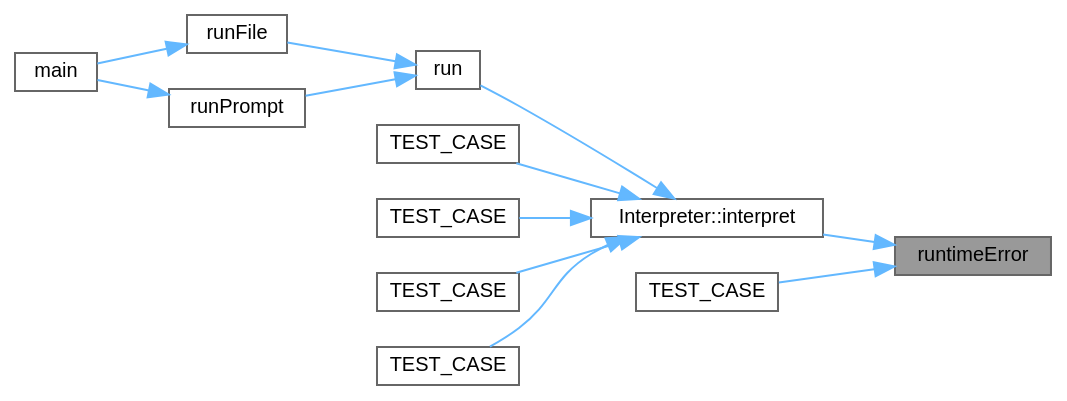
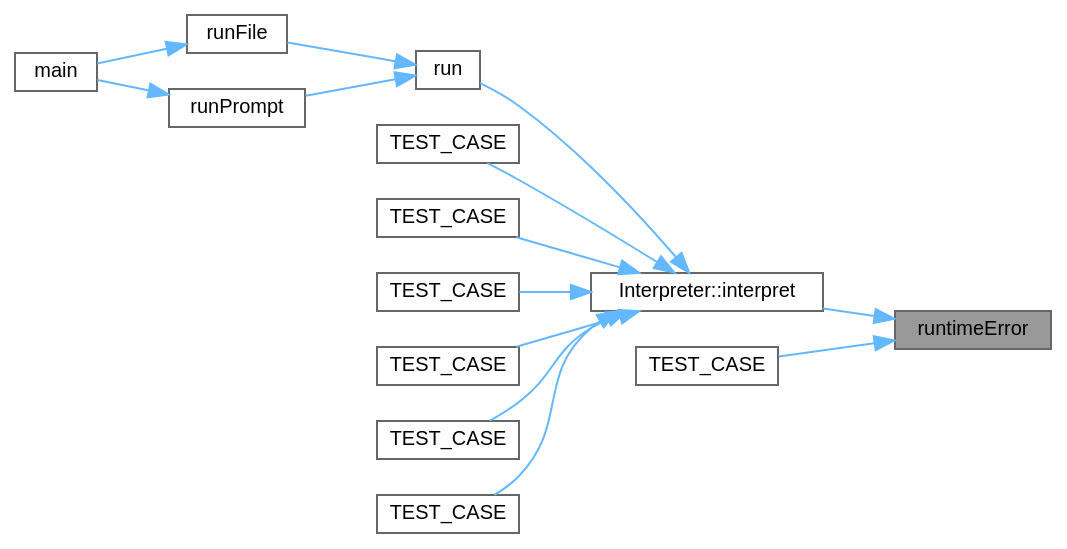
Before and after one commit to helcsnewsxd/gsc-interpreter: the diagram in error_8cpp_a52e9d0438880e071985009848bab2d32_icgraph.dot, drawn with Graphviz. The commit also changed 234 other files, not shown here.

```diff
--- a/error_8cpp_a52e9d0438880e071985009848bab2d32_icgraph.dot
+++ b/error_8cpp_a52e9d0438880e071985009848bab2d32_icgraph.dot
@@ -1,30 +1,34 @@
 digraph "runtimeError"
 {
  // LATEX_PDF_SIZE
   bgcolor="transparent";
   edge [fontname=Helvetica,fontsize=10,labelfontname=Helvetica,labelfontsize=10];
   node [fontname=Helvetica,fontsize=10,shape=box,height=0.2,width=0.4];
   rankdir="RL";
   Node1 [id="Node000001",label="runtimeError",height=0.2,width=0.4,color="gray40", fillcolor="grey60", style="filled", fontcolor="black",tooltip="Report a runtime error given a RuntimeError object."];
   Node1 -> Node2 [id="edge1_Node000001_Node000002",dir="back",color="steelblue1",style="solid",tooltip=" "];
-  Node2 [id="Node000002",label="Interpreter::interpret",height=0.2,width=0.4,color="grey40", fillcolor="white", style="filled",URL="$classInterpreter.html#a1399e6d166e3e4a97398c0cbf157a78d",tooltip="Interpret the given expression."];
+  Node2 [id="Node000002",label="Interpreter::interpret",height=0.2,width=0.4,color="grey40", fillcolor="white", style="filled",URL="$classInterpreter.html#a3c1b7d9bdd87f579186d14fff68bc06b",tooltip="Interpret the given statement list and execute them."];
   Node2 -> Node3 [id="edge2_Node000002_Node000003",dir="back",color="steelblue1",style="solid",tooltip=" "];
   Node3 [id="Node000003",label="run",height=0.2,width=0.4,color="grey40", fillcolor="white", style="filled",URL="$main_8cpp.html#a7a2843aa356425e41907f7b3bc255b15",tooltip=" "];
   Node3 -> Node4 [id="edge3_Node000003_Node000004",dir="back",color="steelblue1",style="solid",tooltip=" "];
   Node4 [id="Node000004",label="runFile",height=0.2,width=0.4,color="grey40", fillcolor="white", style="filled",URL="$main_8cpp.html#abd88a82eb70f9e68f4ca9b5ebb923556",tooltip=" "];
   Node4 -> Node5 [id="edge4_Node000004_Node000005",dir="back",color="steelblue1",style="solid",tooltip=" "];
   Node5 [id="Node000005",label="main",height=0.2,width=0.4,color="grey40", fillcolor="white", style="filled",URL="$main_8cpp.html#a0ddf1224851353fc92bfbff6f499fa97",tooltip=" "];
   Node3 -> Node6 [id="edge5_Node000003_Node000006",dir="back",color="steelblue1",style="solid",tooltip=" "];
   Node6 [id="Node000006",label="runPrompt",height=0.2,width=0.4,color="grey40", fillcolor="white", style="filled",URL="$main_8cpp.html#a2177fc6f8c300b3c24f38817ba64da30",tooltip=" "];
   Node6 -> Node5 [id="edge6_Node000006_Node000005",dir="back",color="steelblue1",style="solid",tooltip=" "];
   Node2 -> Node7 [id="edge7_Node000002_Node000007",dir="back",color="steelblue1",style="solid",tooltip=" "];
   Node7 [id="Node000007",label="TEST_CASE",height=0.2,width=0.4,color="grey40", fillcolor="white", style="filled",URL="$interpreterTest_8cpp.html#a6d59c7eaa8dc2d2c231dc8048e24e35c",tooltip=" "];
   Node2 -> Node8 [id="edge8_Node000002_Node000008",dir="back",color="steelblue1",style="solid",tooltip=" "];
-  Node8 [id="Node000008",label="TEST_CASE",height=0.2,width=0.4,color="grey40", fillcolor="white", style="filled",URL="$interpreterTest_8cpp.html#aaa11446350911dfe8f2e5090b378341c",tooltip=" "];
+  Node8 [id="Node000008",label="TEST_CASE",height=0.2,width=0.4,color="grey40", fillcolor="white", style="filled",URL="$interpreterTest_8cpp.html#a7d78cde49e06d2e3075c06db32f64b88",tooltip=" "];
   Node2 -> Node9 [id="edge9_Node000002_Node000009",dir="back",color="steelblue1",style="solid",tooltip=" "];
-  Node9 [id="Node000009",label="TEST_CASE",height=0.2,width=0.4,color="grey40", fillcolor="white", style="filled",URL="$interpreterTest_8cpp.html#a20d502dcebb9fdb1ee5a77b6e461a05f",tooltip=" "];
+  Node9 [id="Node000009",label="TEST_CASE",height=0.2,width=0.4,color="grey40", fillcolor="white", style="filled",URL="$interpreterTest_8cpp.html#ab150f85e2a5e48f1c4f8992c29f0c06a",tooltip=" "];
   Node2 -> Node10 [id="edge10_Node000002_Node000010",dir="back",color="steelblue1",style="solid",tooltip=" "];
-  Node10 [id="Node000010",label="TEST_CASE",height=0.2,width=0.4,color="grey40", fillcolor="white", style="filled",URL="$interpreterTest_8cpp.html#a91cdf5df35d38b3a8934de548a6ca231",tooltip=" "];
-  Node1 -> Node11 [id="edge11_Node000001_Node000011",dir="back",color="steelblue1",style="solid",tooltip=" "];
-  Node11 [id="Node000011",label="TEST_CASE",height=0.2,width=0.4,color="grey40", fillcolor="white", style="filled",URL="$errorTest_8cpp.html#af93175627642fbb8db1d156e4cf1b477",tooltip=" "];
+  Node10 [id="Node000010",label="TEST_CASE",height=0.2,width=0.4,color="grey40", fillcolor="white", style="filled",URL="$interpreterTest_8cpp.html#a20d502dcebb9fdb1ee5a77b6e461a05f",tooltip=" "];
+  Node2 -> Node11 [id="edge11_Node000002_Node000011",dir="back",color="steelblue1",style="solid",tooltip=" "];
+  Node11 [id="Node000011",label="TEST_CASE",height=0.2,width=0.4,color="grey40", fillcolor="white", style="filled",URL="$interpreterTest_8cpp.html#a6d69d806ec4f8c26e812e8faeba66df8",tooltip=" "];
+  Node2 -> Node12 [id="edge12_Node000002_Node000012",dir="back",color="steelblue1",style="solid",tooltip=" "];
+  Node12 [id="Node000012",label="TEST_CASE",height=0.2,width=0.4,color="grey40", fillcolor="white", style="filled",URL="$interpreterTest_8cpp.html#a91cdf5df35d38b3a8934de548a6ca231",tooltip=" "];
+  Node1 -> Node13 [id="edge13_Node000001_Node000013",dir="back",color="steelblue1",style="solid",tooltip=" "];
+  Node13 [id="Node000013",label="TEST_CASE",height=0.2,width=0.4,color="grey40", fillcolor="white", style="filled",URL="$errorTest_8cpp.html#af93175627642fbb8db1d156e4cf1b477",tooltip=" "];
 }
```
